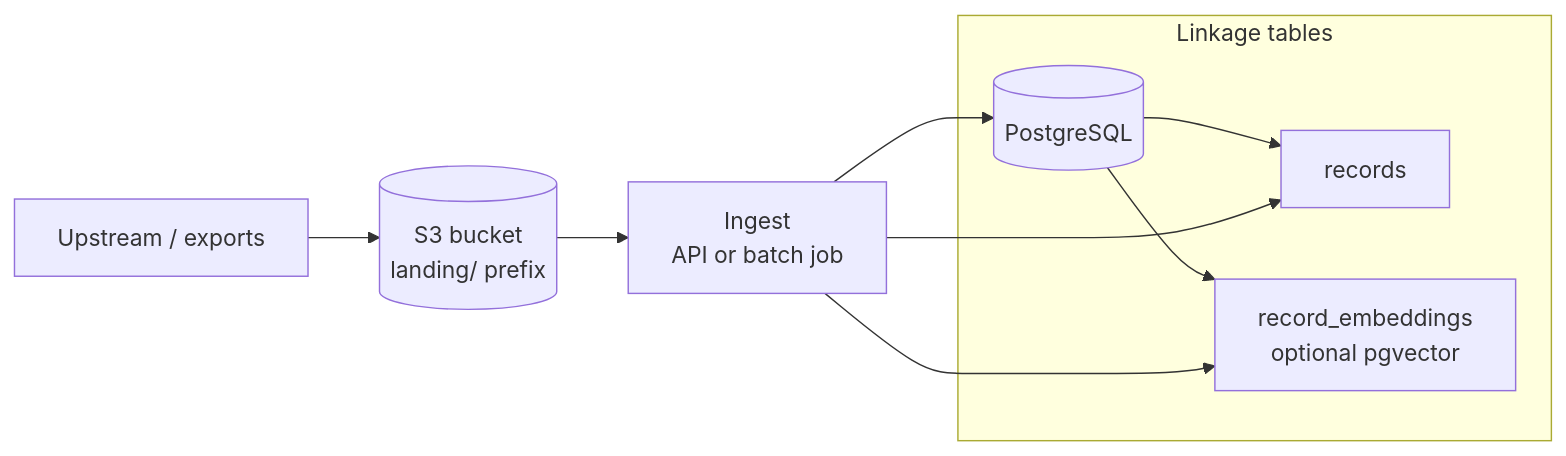
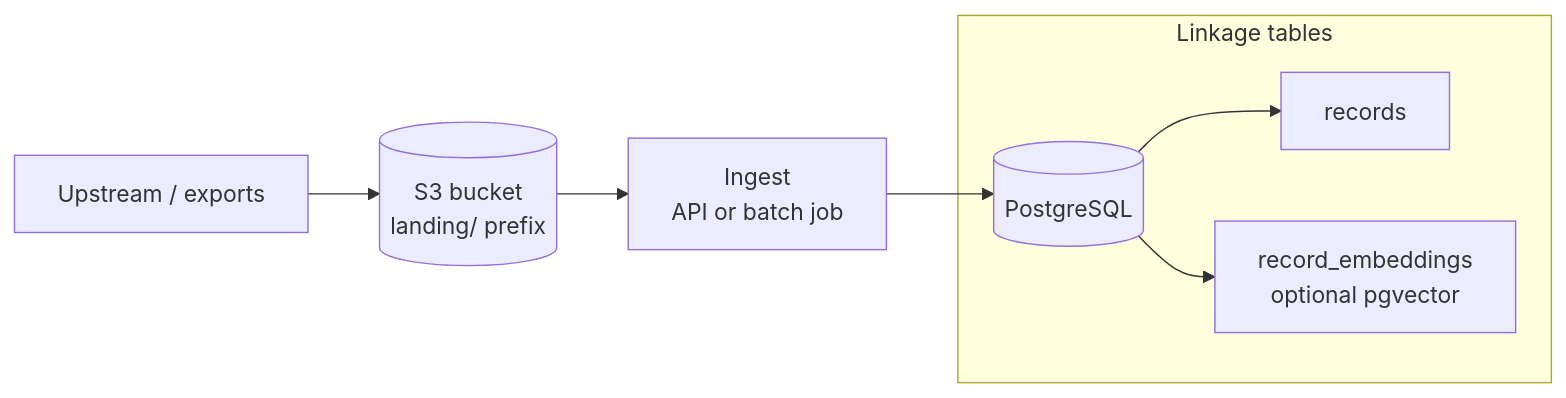
Before and after one commit to sbecker11/linkage-engine: the second of 2 diagrams in docs/ARCHITECTURE.md, drawn with Mermaid. The commit also changed other lines of this file and 1 other file, not shown here.

First line of the commit message:
docs: overhaul ARCHITECTURE.md to reflect four-sprint implementation

````diff
--- a/docs/ARCHITECTURE.md
+++ b/docs/ARCHITECTURE.md
@@ -91,12 +227,10 @@
 ```mermaid
 flowchart LR
   UP[Upstream / exports] --> S3[(S3 bucket\nlanding/ prefix)]
   S3 --> ING[Ingest\nAPI or batch job]
   ING --> PG[(PostgreSQL)]
   subgraph PG_Tables[Linkage tables]
     PG --> R[records]
     PG --> RE[record_embeddings\noptional pgvector]
   end
-  ING --> R
-  ING --> RE
 ```
````
